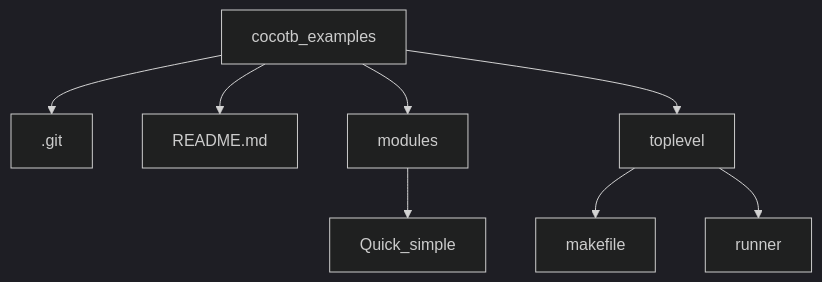
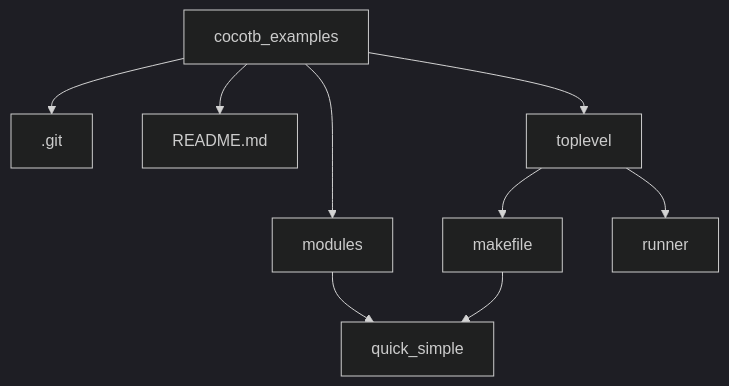
Before and after one commit to micherciu/cocotb_examples: the diagram in README.md, drawn with Mermaid (dark theme).

Commit message:
[update] quick simple renamed and hierarchical move: README.md;

````diff
--- a/README.md
+++ b/README.md
@@ -43,10 +43,11 @@
 ```mermaid 
 graph TD;
     cocotb_examples-->.git;
     cocotb_examples-->README.md;
     cocotb_examples-->modules;
-    modules-->Quick_simple
+    modules-->quick_simple
     cocotb_examples-->toplevel;
     toplevel-->makefile;
+    makefile-->quick_simple
     toplevel-->runner;
 ```
````
